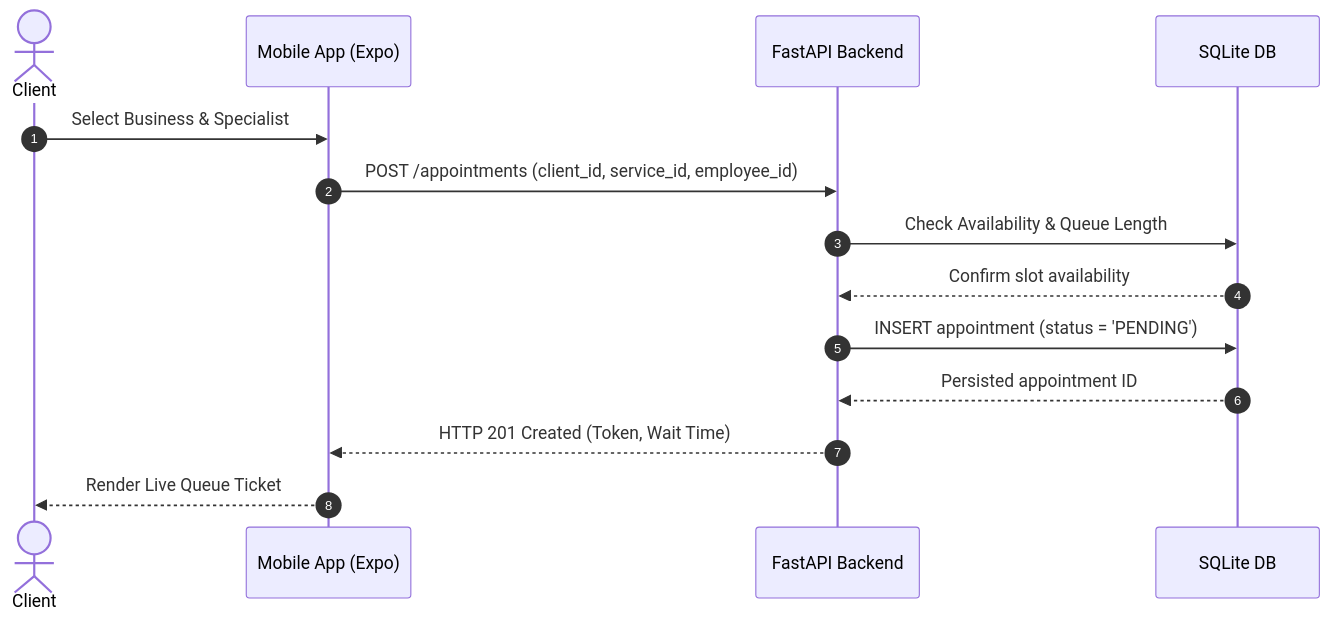
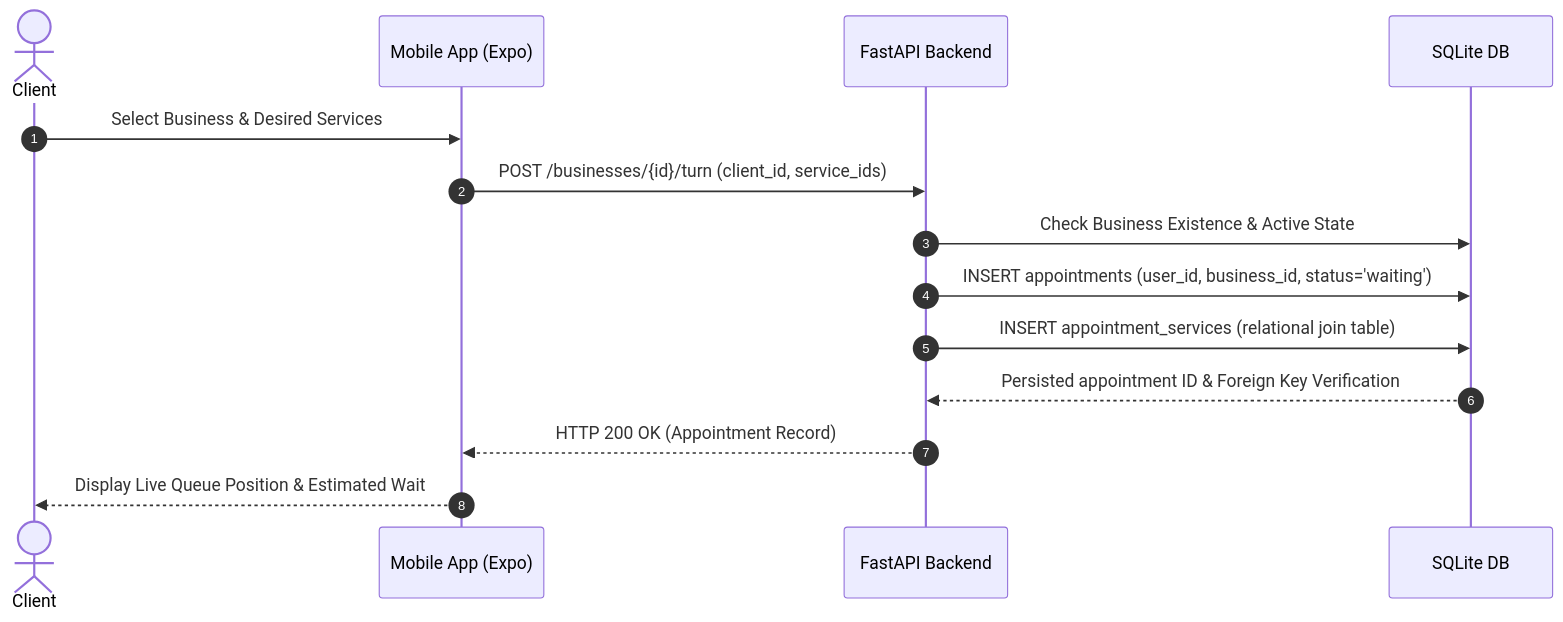
One commit to josecarvajal1058/Muvior changed the second of 2 diagrams in README.md. Above: the diagram before and after it, drawn with Mermaid. The commit also changed other lines of this file and 7 other files, not shown here.

````diff
--- a/README.md
+++ b/README.md
@@ -40,17 +40,17 @@
 ```mermaid
 sequenceDiagram
     autonumber
     actor C as Client
     participant App as Mobile App (Expo)
     participant API as FastAPI Backend
     participant DB as SQLite DB
 
-    C->>App: Select Business & Specialist
-    App->>API: POST /appointments (client_id, service_id, employee_id)
-    API->>DB: Check Availability & Queue Length
-    DB-->>API: Confirm slot availability
-    API->>DB: INSERT appointment (status = 'PENDING')
-    DB-->>API: Persisted appointment ID
-    API-->>App: HTTP 201 Created (Token, Wait Time)
-    App-->>C: Render Live Queue Ticket
+    C->>App: Select Business & Desired Services
+    App->>API: POST /businesses/{id}/turn (client_id, service_ids)
+    API->>DB: Check Business Existence & Active State
+    API->>DB: INSERT appointments (user_id, business_id, status='waiting')
+    API->>DB: INSERT appointment_services (relational join table)
+    DB-->>API: Persisted appointment ID & Foreign Key Verification
+    API-->>App: HTTP 200 OK (Appointment Record)
+    App-->>C: Display Live Queue Position & Estimated Wait
 ```
````
